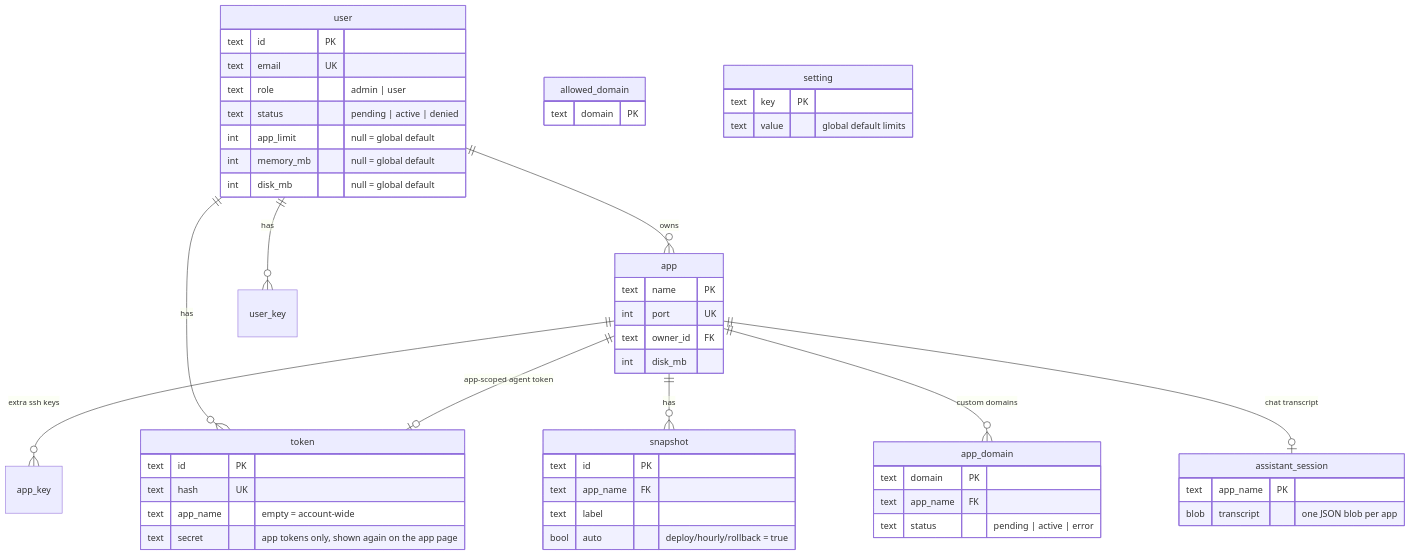
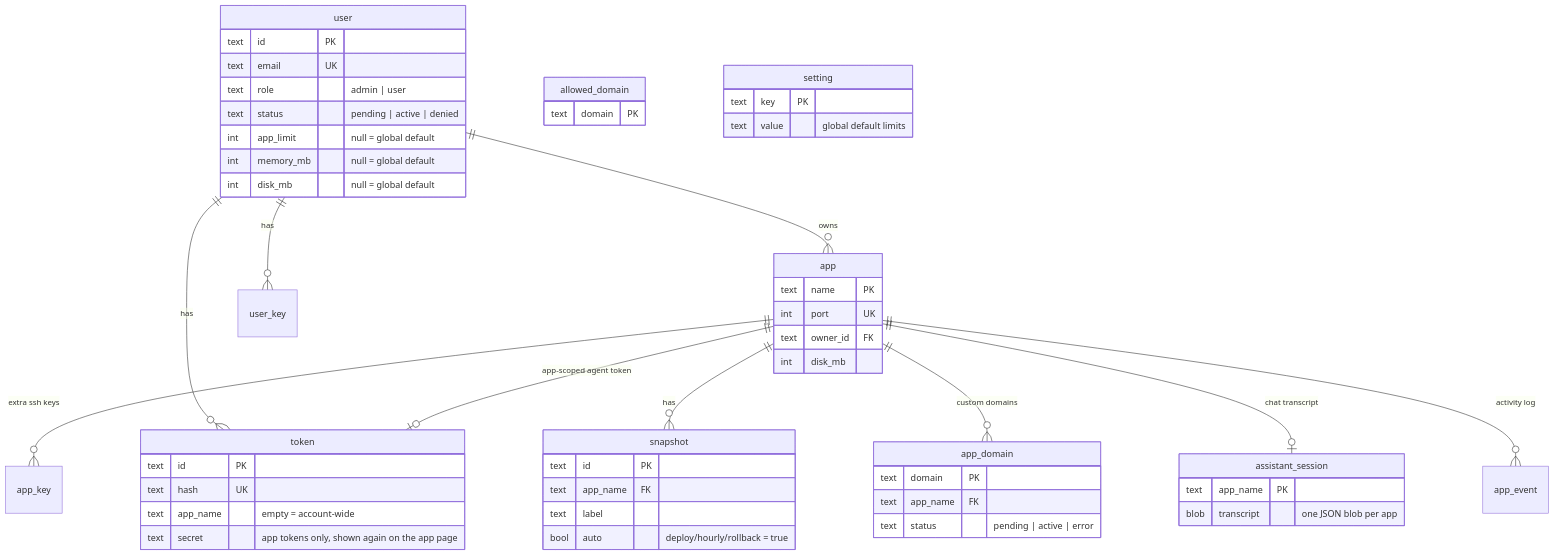
Before and after one commit to binwiederhier/hostit: the eighth of 8 diagrams in ARCHITECTURE.md, drawn with Mermaid. The commit also changed other lines of this file and 93 other files, not shown here.

````diff
--- a/ARCHITECTURE.md
+++ b/ARCHITECTURE.md
@@ -317,55 +326,56 @@
 ```mermaid
 erDiagram
     user ||--o{ app : owns
     user ||--o{ token : has
     user ||--o{ user_key : has
     app ||--o{ app_key : "extra ssh keys"
     app ||--o| token : "app-scoped agent token"
     app ||--o{ snapshot : has
     app ||--o{ app_domain : "custom domains"
     app ||--o| assistant_session : "chat transcript"
+    app ||--o{ app_event : "activity log"
 
     user {
         text id PK
         text email UK
         text role "admin | user"
         text status "pending | active | denied"
         int app_limit "null = global default"
         int memory_mb "null = global default"
         int disk_mb "null = global default"
     }
     app {
         text name PK
         int port UK
         text owner_id FK
         int disk_mb
     }
     token {
         text id PK
         text hash UK
         text app_name "empty = account-wide"
         text secret "app tokens only, shown again on the app page"
     }
     snapshot {
         text id PK
         text app_name FK
         text label
         bool auto "deploy/hourly/rollback = true"
     }
     app_domain {
         text domain PK
         text app_name FK
         text status "pending | active | error"
     }
     assistant_session {
         text app_name PK
         blob transcript "one JSON blob per app"
     }
     allowed_domain {
         text domain PK
     }
     setting {
         text key PK
         text value "global default limits"
     }
 ```
````
